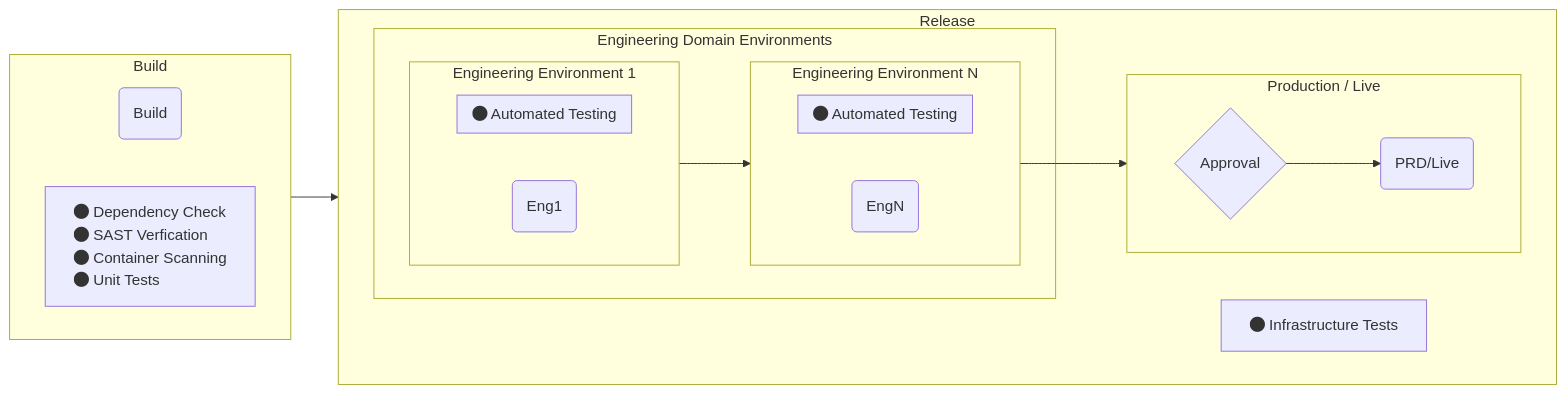
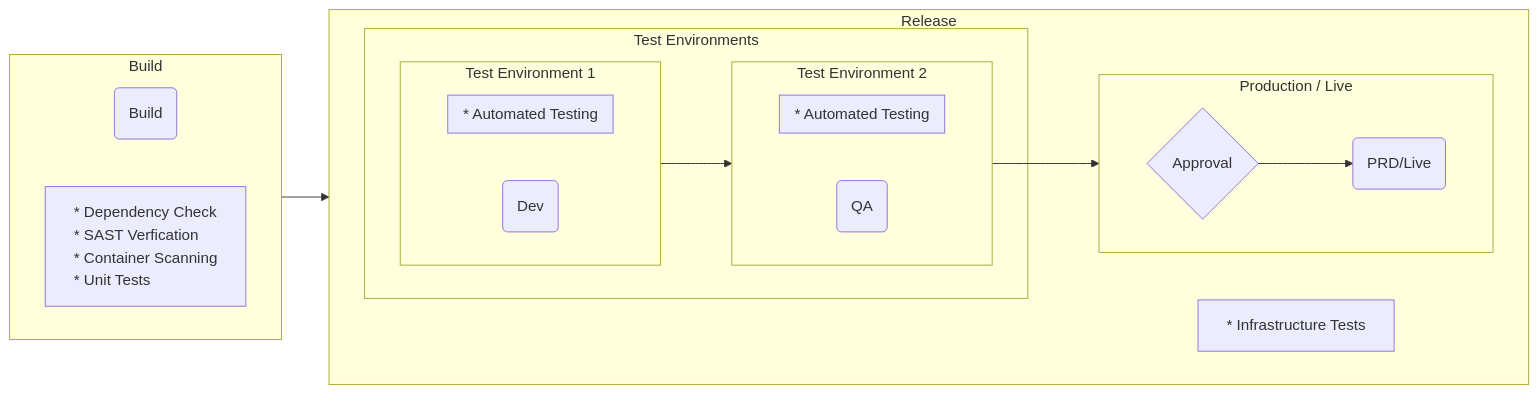
Before and after one commit to UKHO/docs: the diagram in software-engineering-policies/Pipelines/Baseline_Policy.md, drawn with Mermaid.

Commit message:
Update Baseline_Policy.md
Added *s to replace font-awesome circles, which are unsupported in github.  Renaming elements.

````diff
--- a/software-engineering-policies/Pipelines/Baseline_Policy.md
+++ b/software-engineering-policies/Pipelines/Baseline_Policy.md
@@ -15,45 +15,45 @@
 ```mermaid
 flowchart LR
     buildNode(Build)
-    eng1Node(Eng1)
-    engNNode(EngN)
+    testEnv1Node(Dev)
+    testEnvnNode(QA)
     approvalNode{Approval}
     prdNode(PRD/Live)
-    infrastructureTestsNode["fa:fa-circle Infrastructure Tests"]
+    infrastructureTestsNode[" * Infrastructure Tests"]
     style infrastructureTestsNode align: left
-    buildChecks["fa:fa-circle Dependency Check\nfa:fa-circle SAST Verfication\nfa:fa-circle Container Scanning\nfa:fa-circle Unit Tests"]
+    buildChecks[" * Dependency Check\n * SAST Verfication\n * Container Scanning\n * Unit Tests"]
     style buildChecks text-align:left; 
     subgraph sgBuild[Build]
     direction LR
         buildNode
         buildChecks
     end
 
   subgraph sgRelease[Release]
     direction LR
-    subgraph sgPreProd[Engineering Domain Environments]
-        subgraph sgDev[Engineering Environment 1]
+    subgraph sgPreProd[Test Environments\n\n]
+        subgraph sgDev[Test Environment 1]
             direction LR
-            eng1Node
-            subgraph sgDevChecks["fa:fa-circle Automated Testing"]
+            testEnv1Node
+            subgraph sgDevChecks[" * Automated Testing"]
             end 
         end
-    subgraph sgQa[Engineering Environment N]
+    subgraph sgQa[Test Environment 2]
         direction LR
-        engNNode
-        subgraph sgQaChecks["fa:fa-circle Automated Testing"]
+        testEnvnNode
+        subgraph sgQaChecks[" * Automated Testing"]
         end 
     end
     end
     subgraph sgPrd[Production / Live]
         direction LR
         approvalNode
         prdNode
     end
     infrastructureTestsNode
   end
-  buildNode --> eng1Node
-  eng1Node --> engNNode
-  engNNode --> approvalNode
+  buildNode --> testEnv1Node
+  testEnv1Node --> testEnvnNode
+  testEnvnNode --> approvalNode
   approvalNode --> prdNode
 ```
````
